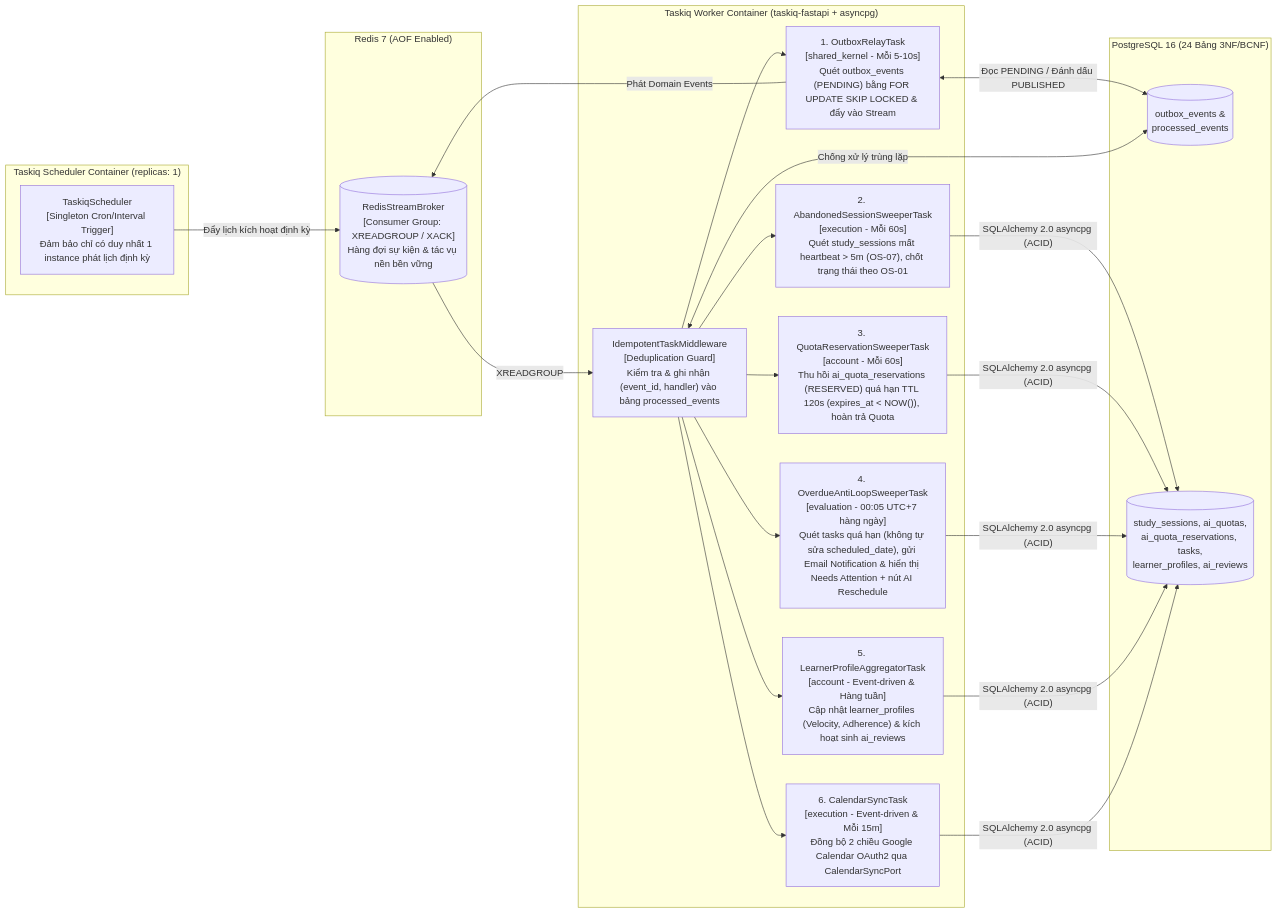
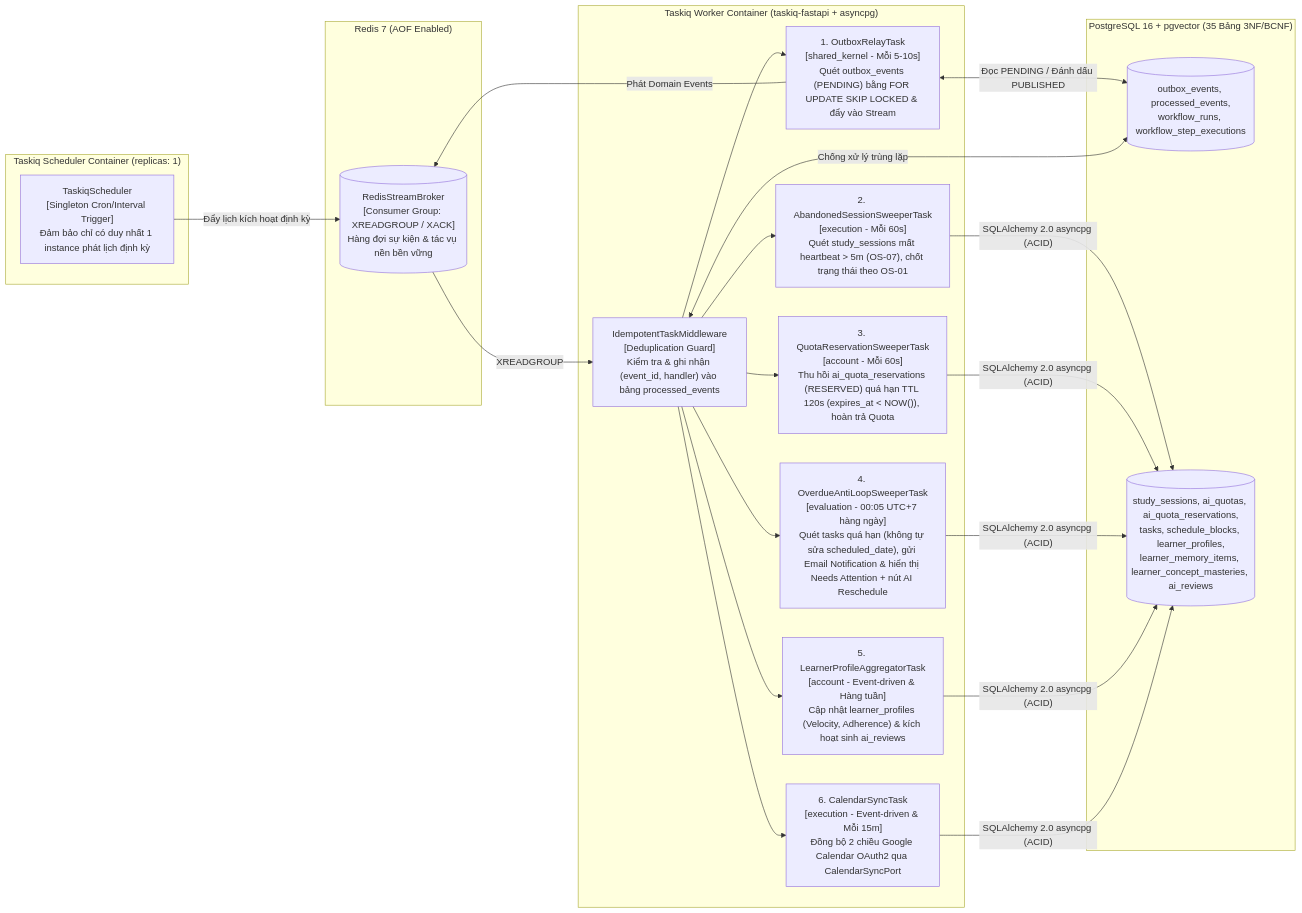
The fifth of 5 diagrams in docs/architecture/c4-model-components.md (Coffat/FocusFlow), drawn with Mermaid before and after one commit. The commit also changed other lines of this file and 15 other files, not shown here.

Commit message:
docs(architecture): update system architecture, C4 components, AI harness, and ADR records

````diff
--- a/docs/architecture/c4-model-components.md
+++ b/docs/architecture/c4-model-components.md
@@ -260,36 +265,36 @@
 ```mermaid
 flowchart LR
     subgraph SchedulerContainer["Taskiq Scheduler Container (replicas: 1)"]
         SchedulerDaemon["TaskiqScheduler<br/>[Singleton Cron/Interval Trigger]<br/>Đảm bảo chỉ có duy nhất 1 instance phát lịch định kỳ"]
     end
 
     subgraph RedisStreams["Redis 7 (AOF Enabled)"]
         StreamBroker[("RedisStreamBroker<br/>[Consumer Group: XREADGROUP / XACK]<br/>Hàng đợi sự kiện & tác vụ nền bền vững")]
     end
 
     subgraph WorkerContainer["Taskiq Worker Container (taskiq-fastapi + asyncpg)"]
         IdempotentMW["IdempotentTaskMiddleware<br/>[Deduplication Guard]<br/>Kiểm tra & ghi nhận (event_id, handler) vào bảng processed_events"]
         
         OutboxTask["1. OutboxRelayTask<br/>[shared_kernel - Mỗi 5-10s]<br/>Quét outbox_events (PENDING) bằng FOR UPDATE SKIP LOCKED & đẩy vào Stream"]
         SessionSweepTask["2. AbandonedSessionSweeperTask<br/>[execution - Mỗi 60s]<br/>Quét study_sessions mất heartbeat > 5m (OS-07), chốt trạng thái theo OS-01"]
         QuotaSweepTask["3. QuotaReservationSweeperTask<br/>[account - Mỗi 60s]<br/>Thu hồi ai_quota_reservations (RESERVED) quá hạn TTL 120s (expires_at < NOW()), hoàn trả Quota"]
         OverdueSweepTask["4. OverdueAntiLoopSweeperTask<br/>[evaluation - 00:05 UTC+7 hàng ngày]<br/>Quét tasks quá hạn (không tự sửa scheduled_date), gửi Email Notification & hiển thị Needs Attention + nút AI Reschedule"]
         ProfileAggTask["5. LearnerProfileAggregatorTask<br/>[account - Event-driven & Hàng tuần]<br/>Cập nhật learner_profiles (Velocity, Adherence) & kích hoạt sinh ai_reviews"]
         CalSyncTask["6. CalendarSyncTask<br/>[execution - Event-driven & Mỗi 15m]<br/>Đồng bộ 2 chiều Google Calendar OAuth2 qua CalendarSyncPort"]
     end
 
-    subgraph PGStore["PostgreSQL 16 (24 Bảng 3NF/BCNF)"]
-        OutboxTables[("outbox_events &<br/>processed_events")]
-        DomainTables[("study_sessions, ai_quotas,<br/>ai_quota_reservations, tasks,<br/>learner_profiles, ai_reviews")]
+    subgraph PGStore["PostgreSQL 16 + pgvector (35 Bảng 3NF/BCNF)"]
+        OutboxTables[("outbox_events, processed_events,<br/>workflow_runs, workflow_step_executions")]
+        DomainTables[("study_sessions, ai_quotas, ai_quota_reservations,<br/>tasks, schedule_blocks, learner_profiles,<br/>learner_memory_items, learner_concept_masteries, ai_reviews")]
     end
 
     SchedulerDaemon -->|"Đẩy lịch kích hoạt định kỳ"| StreamBroker
     StreamBroker -->|"XREADGROUP"| IdempotentMW
     IdempotentMW --> OutboxTask & SessionSweepTask & QuotaSweepTask & OverdueSweepTask & ProfileAggTask & CalSyncTask
 
     OutboxTask <-->|"Đọc PENDING / Đánh dấu PUBLISHED"| OutboxTables
     OutboxTask -->|"Phát Domain Events"| StreamBroker
     IdempotentMW <-->|"Chống xử lý trùng lặp"| OutboxTables
 
     SessionSweepTask & QuotaSweepTask & OverdueSweepTask & ProfileAggTask & CalSyncTask -->|"SQLAlchemy 2.0 asyncpg (ACID)"| DomainTables
 ```
````
